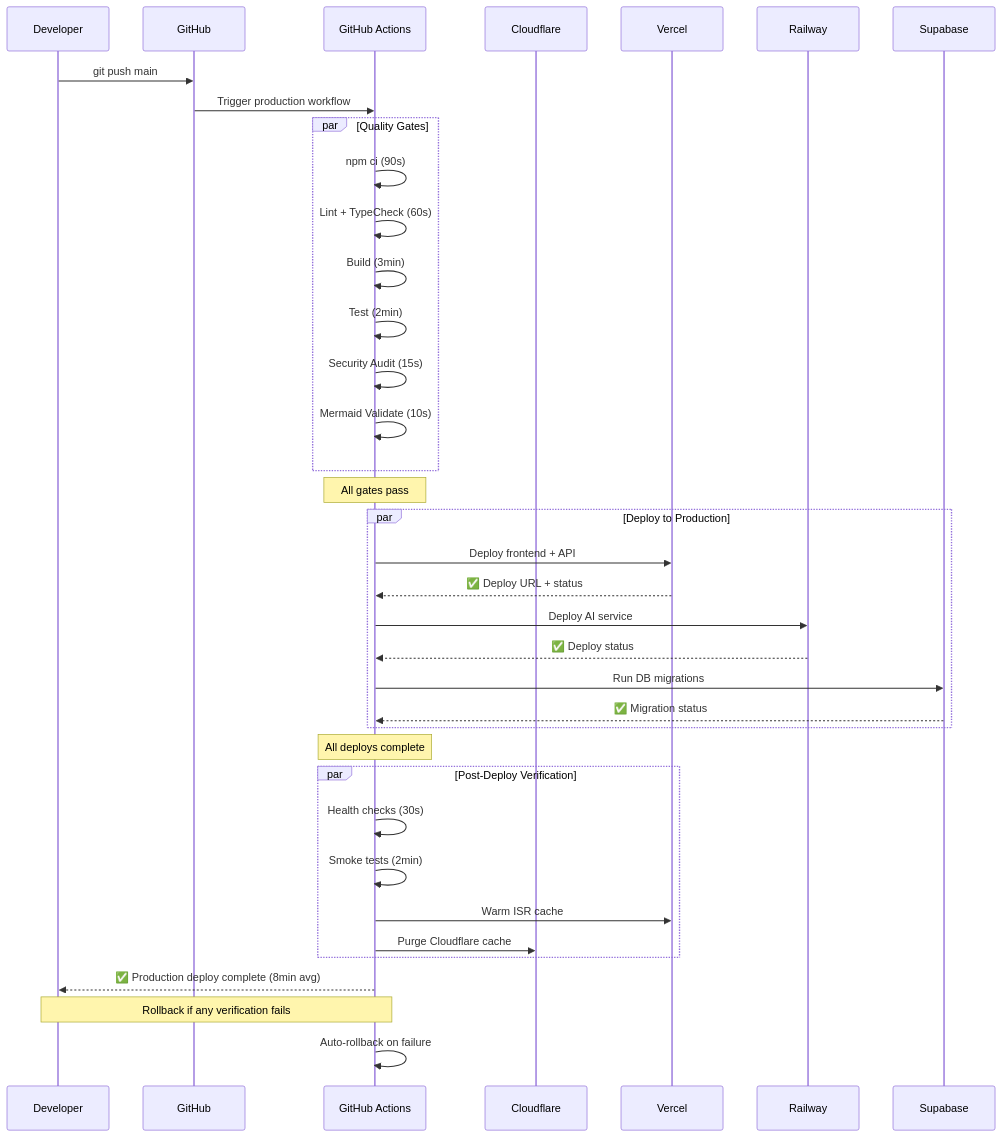
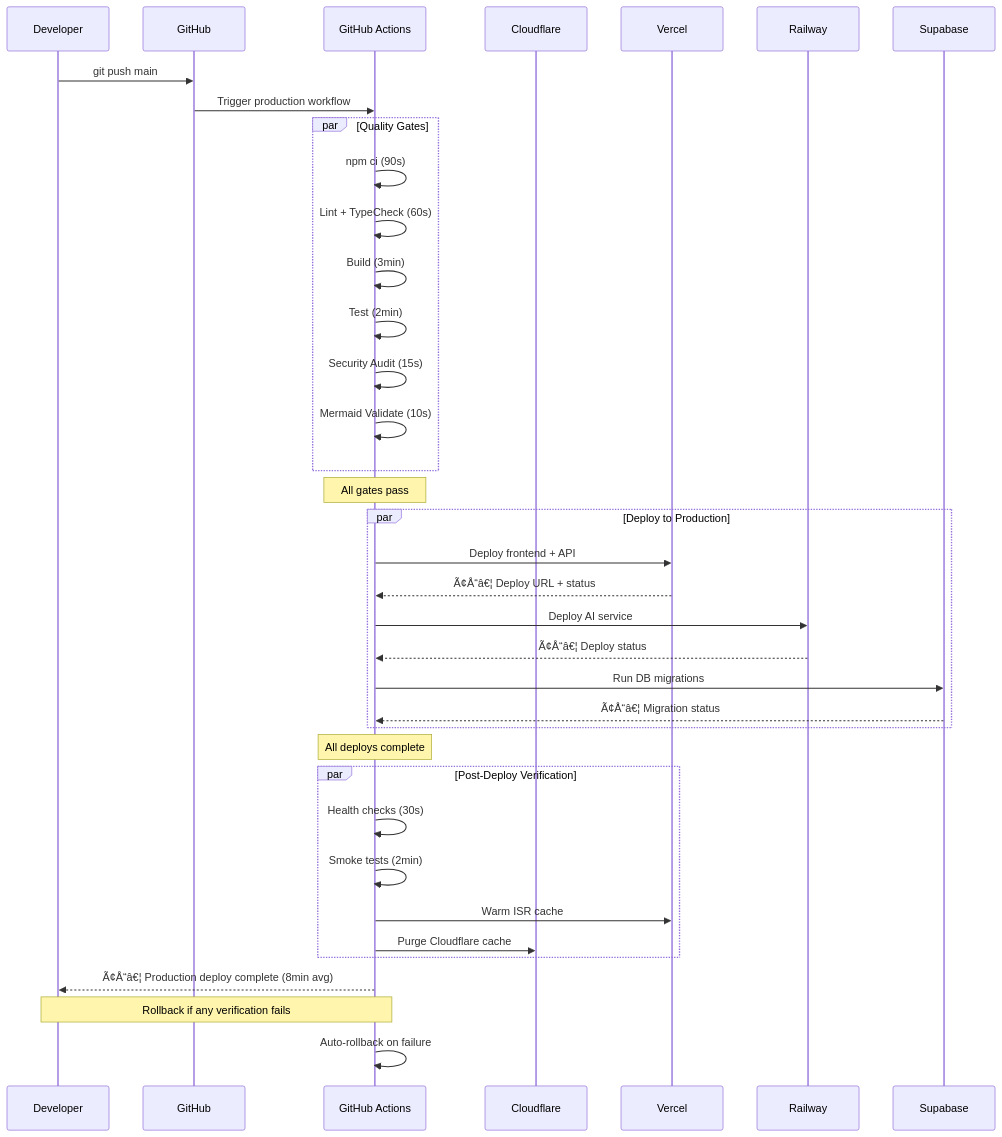
The seventh of 17 diagrams in docs/12-devops/DEPLOYMENT-GUIDE.md (rohitkumarnaidu/Portfolio), drawn with Mermaid before and after one commit. The commit also changed other lines of this file and 343 other files, not shown here.

First line of the commit message:
docs: add Mermaid diagrams across 140+ files — 38% -> 70% coverage

````diff
--- a/docs/12-devops/DEPLOYMENT-GUIDE.md
+++ b/docs/12-devops/DEPLOYMENT-GUIDE.md
@@ -637,50 +637,50 @@
 ```mermaid
 sequenceDiagram
     participant Dev as Developer
     participant GH as GitHub
     participant CI as GitHub Actions
     participant CF as Cloudflare
     participant Vercel as Vercel
     participant Railway as Railway
     participant Supa as Supabase
 
     Dev->>GH: git push main
     
     GH->>CI: Trigger production workflow
     
     par Quality Gates
         CI->>CI: npm ci (90s)
         CI->>CI: Lint + TypeCheck (60s)
         CI->>CI: Build (3min)
         CI->>CI: Test (2min)
         CI->>CI: Security Audit (15s)
         CI->>CI: Mermaid Validate (10s)
     end
     
     Note over CI: All gates pass
     
     par Deploy to Production
         CI->>Vercel: Deploy frontend + API
-        Vercel-->>CI: ✅ Deploy URL + status
+        Vercel-->>CI: Ã¢Å“â€¦ Deploy URL + status
         
         CI->>Railway: Deploy AI service
-        Railway-->>CI: ✅ Deploy status
+        Railway-->>CI: Ã¢Å“â€¦ Deploy status
         
         CI->>Supa: Run DB migrations
-        Supa-->>CI: ✅ Migration status
+        Supa-->>CI: Ã¢Å“â€¦ Migration status
     end
     
     Note over CI: All deploys complete
     
     par Post-Deploy Verification
         CI->>CI: Health checks (30s)
         CI->>CI: Smoke tests (2min)
         CI->>Vercel: Warm ISR cache
         CI->>CF: Purge Cloudflare cache
     end
     
-    CI-->>Dev: ✅ Production deploy complete (8min avg)
+    CI-->>Dev: Ã¢Å“â€¦ Production deploy complete (8min avg)
     
     Note over CI,Dev: Rollback if any verification fails
     CI->>CI: Auto-rollback on failure
 ```
````
